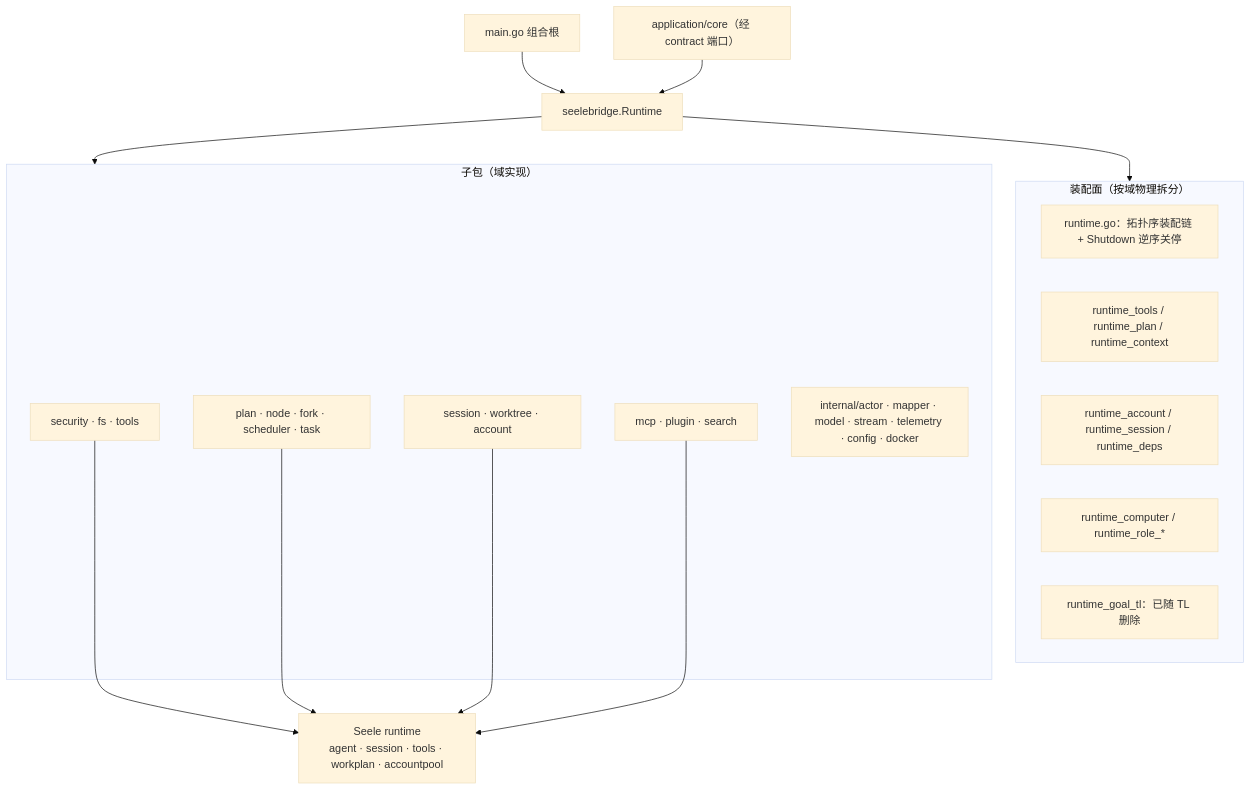
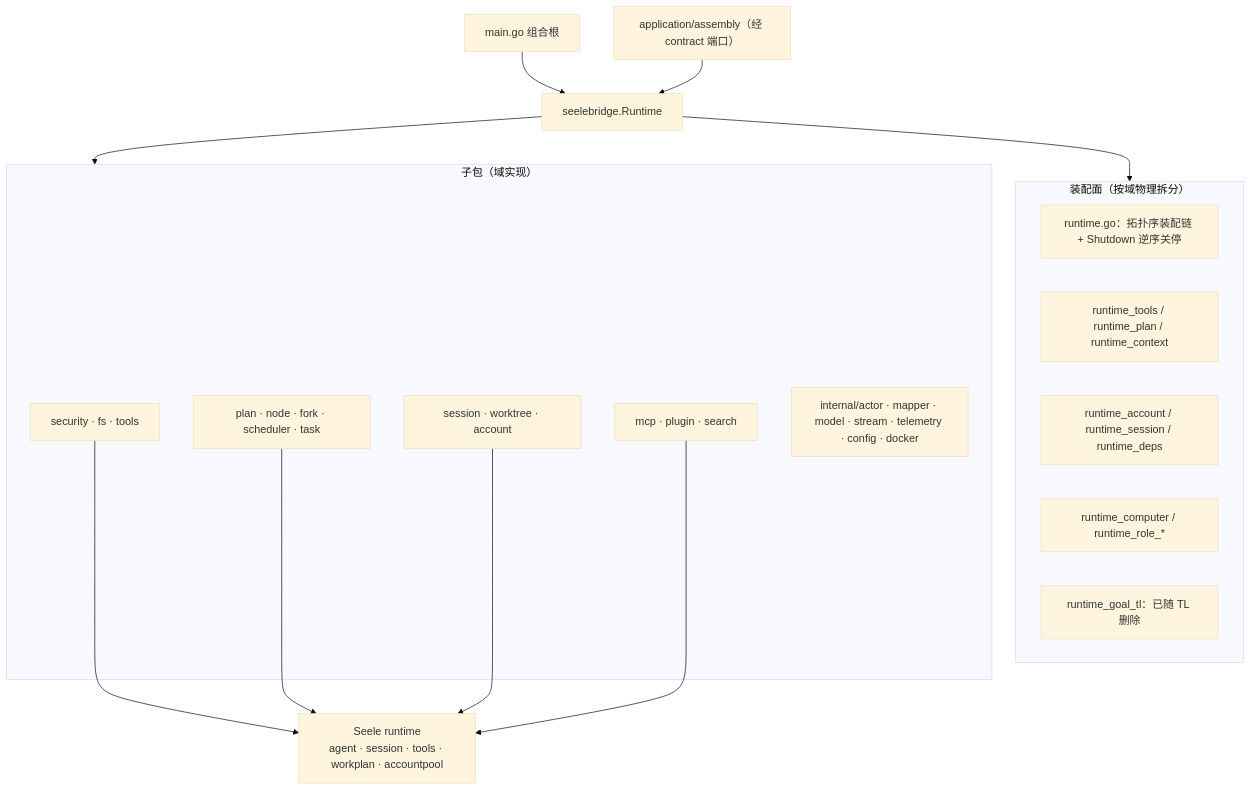
Before and after one commit to RedHuang-0622/seelex: the diagram in backend/engine/assemble/README.md, drawn with Mermaid (base theme). The commit also changed other lines of this file and 941 other files, not shown here.

Commit message:
refactor(application): retire core package

````diff
--- a/backend/engine/assemble/README.md
+++ b/backend/engine/assemble/README.md
@@ -92,30 +92,30 @@
 ```mermaid
 flowchart TB
     ROOT["main.go 组合根"] --> RT["seelebridge.Runtime"]
-    APP["application/core（经 contract 端口）"] --> RT
+    APP["application/assembly（经 contract 端口）"] --> RT
 
     subgraph ASSEMBLY["装配面（按域物理拆分）"]
         R1["runtime.go：拓扑序装配链 + Shutdown 逆序关停"]
         R2["runtime_tools / runtime_plan / runtime_context"]
         R3["runtime_account / runtime_session / runtime_deps"]
         R4["runtime_computer / runtime_role_*"]
         R5["runtime_goal_tl：已随 TL 删除"]
     end
 
     subgraph DOMAIN["子包（域实现）"]
         D1["security · fs · tools"]
         D2["plan · node · fork · scheduler · task"]
         D3["session · worktree · account"]
         D4["mcp · plugin · search"]
         D5["internal/actor · mapper · model · stream · telemetry · config · docker"]
     end
 
     SEELE["Seele runtime<br/>agent · session · tools · workplan · accountpool"]
 
     RT --> ASSEMBLY
     RT --> DOMAIN
     D1 --> SEELE
     D2 --> SEELE
     D3 --> SEELE
     D4 --> SEELE
 ```
````
